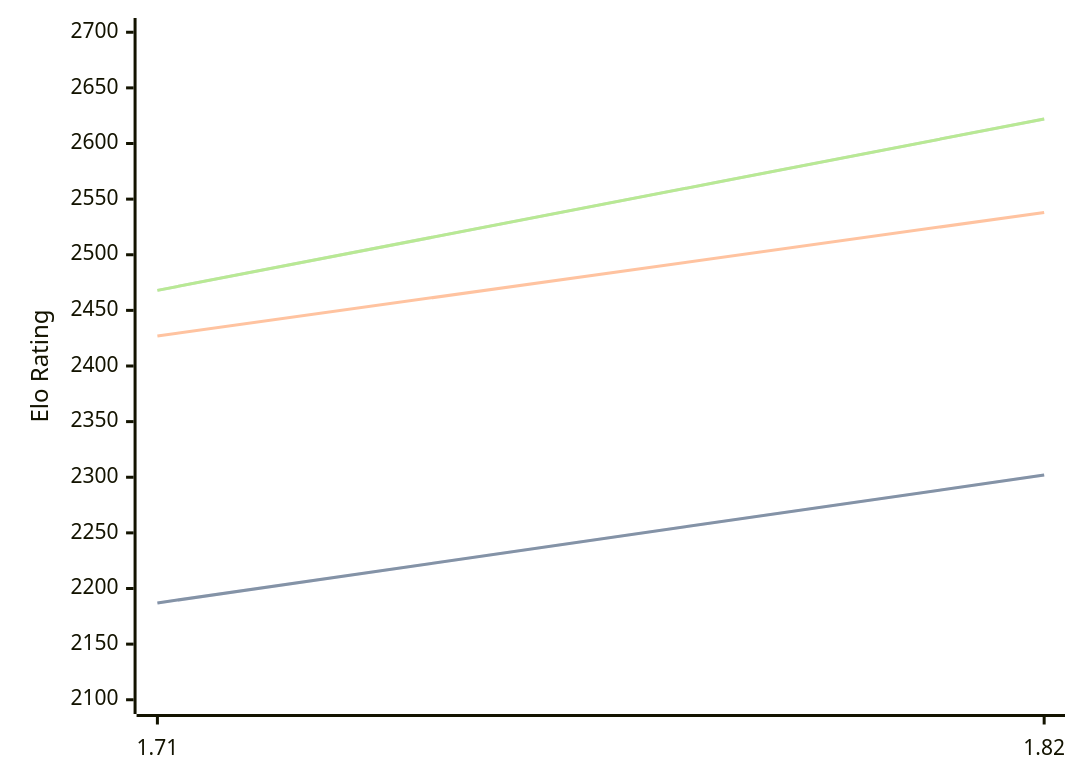
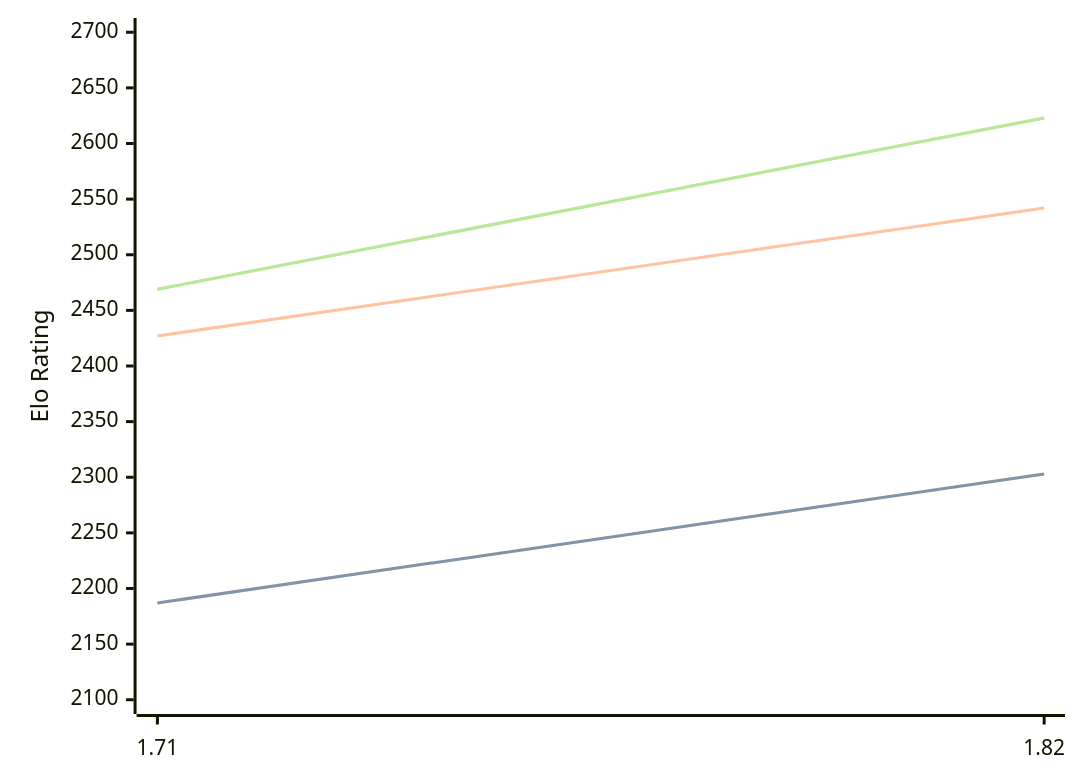
One commit to computer-chess-index/cci changed the diagram in engines/Amira.md. Above: the diagram before and after it, drawn with Mermaid. The commit also changed other lines of this file, not shown here.

Commit message:
Update CCI Ratings (ELO VLTC) - 2026-09-01

````diff
--- a/engines/Amira.md
+++ b/engines/Amira.md
@@ -32,11 +32,11 @@
 ```mermaid
 %%{init: {"theme":"base","themeVariables":{"seriesColors:['#a3a3a3','#222221','#faa371']}}}%%
 xychart-beta
   x-axis ["1.71", "1.82"]
   y-axis "Elo Rating" 2100 --> 2700
-  line "" [2187, 2302]
-  line "STC (8.0+0.08s)" [2187, 2302]
-  line "LTC (60.0+0.60s)" [2427, 2538]
-  line "" [2468, 2622]
-  line "VLTC (2m24s+1.12s)" [2468, 2622]
+  line "" [2187, 2303]
+  line "STC (8.0+0.08s)" [2187, 2303]
+  line "LTC (60.0+0.60s)" [2427, 2542]
+  line "" [2469, 2623]
+  line "VLTC (2m24s+1.12s)" [2469, 2623]
 ```
````
